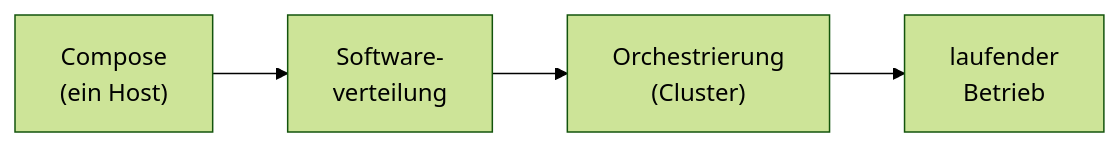
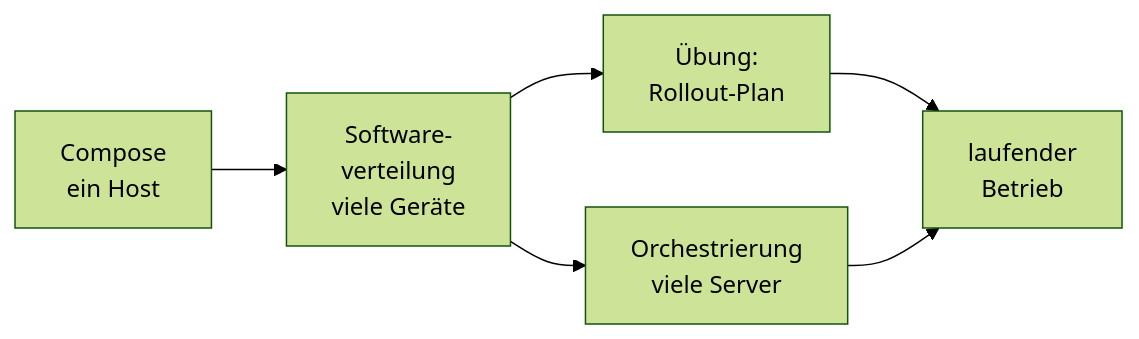
Before and after one commit to JacobMenge/kurs-unterlagen: the diagram in docs/orchestrierung/index.md, drawn with Mermaid (forest theme). The commit also changed other lines of this file and 4 other files, not shown here.

````diff
--- a/docs/orchestrierung/index.md
+++ b/docs/orchestrierung/index.md
@@ -42,6 +46,8 @@
 ```mermaid
 flowchart LR
-  COMPOSE["Compose<br/>(ein Host)"] --> VERT["Software-<br/>verteilung"]
-  VERT --> K8S["Orchestrierung<br/>(Cluster)"]
-  K8S --> BETRIEB["laufender<br/>Betrieb"]
+  COMPOSE["Compose<br/>ein Host"] --> VERT["Software-<br/>verteilung<br/>viele Geräte"]
+  VERT --> UEB["Übung:<br/>Rollout-Plan"]
+  VERT --> K8S["Orchestrierung<br/>viele Server"]
+  UEB --> BETRIEB["laufender<br/>Betrieb"]
+  K8S --> BETRIEB
 ```
````
